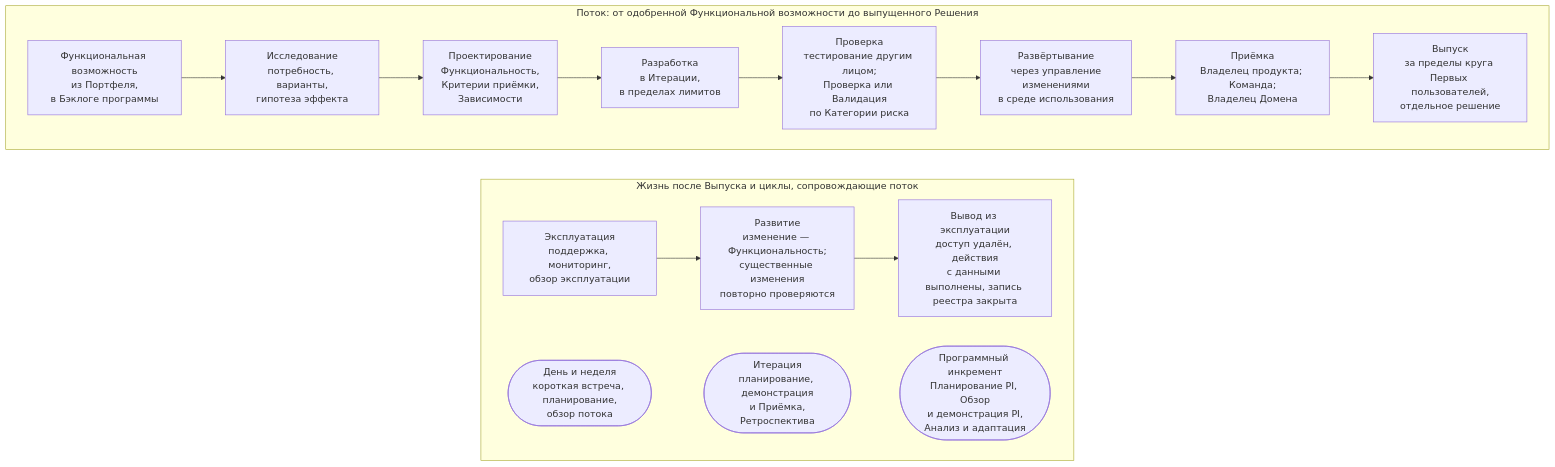
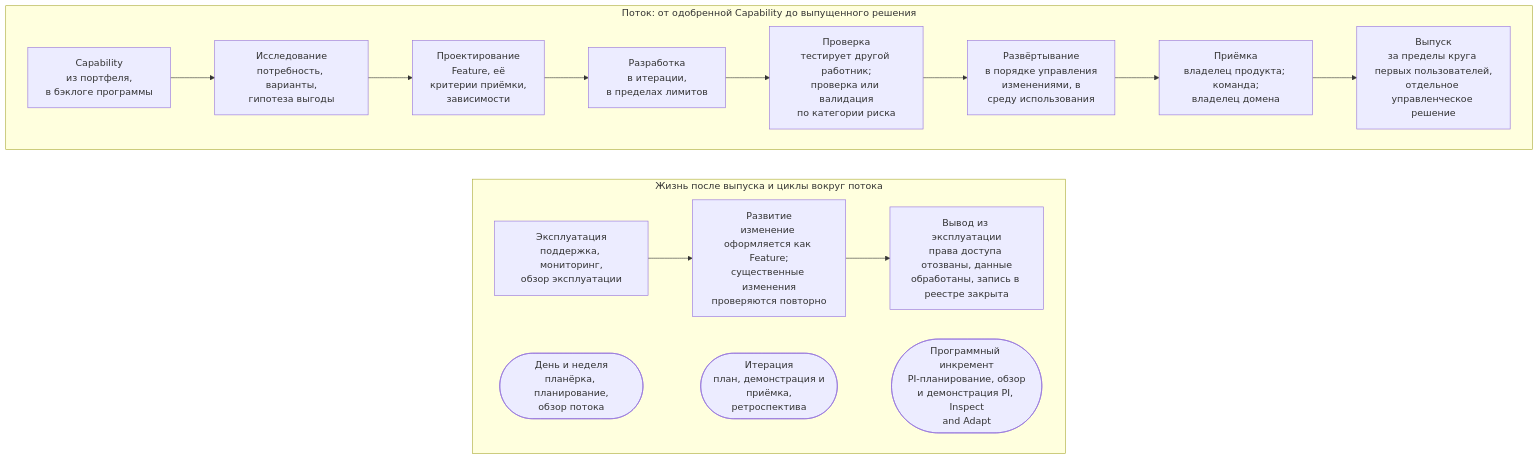
One commit to devhogu/ob-aicc changed the diagram in portal/content/ru/delivery/overview.md. Above: the diagram before and after it, drawn with Mermaid. The commit also changed other lines of this file and 21 other files, not shown here.

````diff
--- a/portal/content/ru/delivery/overview.md
+++ b/portal/content/ru/delivery/overview.md
@@ -15,20 +15,20 @@
 ```mermaid
 flowchart TB
-  subgraph ROW1["Поток: от одобренной Функциональной возможности до выпущенного Решения"]
+  subgraph ROW1["Поток: от одобренной Capability до выпущенного решения"]
     direction LR
-    CAP["Функциональная возможность<br/>из Портфеля,<br/>в Бэклоге программы"] --> EX["Исследование<br/>потребность, варианты,<br/>гипотеза эффекта"]
-    EX --> DS["Проектирование<br/>Функциональность,<br/>Критерии приёмки,<br/>Зависимости"]
-    DS --> DV["Разработка<br/>в Итерации,<br/>в пределах лимитов"]
-    DV --> VF["Проверка<br/>тестирование другим лицом;<br/>Проверка или Валидация<br/>по Категории риска"]
-    VF --> DP["Развёртывание<br/>через управление<br/>изменениями<br/>в среде использования"]
-    DP --> AC["Приёмка<br/>Владелец продукта; Команда;<br/>Владелец Домена"]
-    AC --> RL["Выпуск<br/>за пределы круга Первых пользователей,<br/>отдельное решение"]
+    CAP["Capability<br/>из портфеля,<br/>в бэклоге программы"] --> EX["Исследование<br/>потребность, варианты,<br/>гипотеза выгоды"]
+    EX --> DS["Проектирование<br/>Feature, её<br/>критерии приёмки,<br/>зависимости"]
+    DS --> DV["Разработка<br/>в итерации,<br/>в пределах лимитов"]
+    DV --> VF["Проверка<br/>тестирует другой работник;<br/>проверка или валидация<br/>по категории риска"]
+    VF --> DP["Развёртывание<br/>в порядке управления<br/>изменениями, в<br/>среду использования"]
+    DP --> AC["Приёмка<br/>владелец продукта; команда;<br/>владелец домена"]
+    AC --> RL["Выпуск<br/>за пределы круга первых пользователей,<br/>отдельное управленческое решение"]
   end
-  subgraph ROW2["Жизнь после Выпуска и циклы, сопровождающие поток"]
+  subgraph ROW2["Жизнь после выпуска и циклы вокруг потока"]
     direction LR
-    OP["Эксплуатация<br/>поддержка, мониторинг,<br/>обзор эксплуатации"] --> EV["Развитие<br/>изменение — Функциональность;<br/>существенные изменения<br/>повторно проверяются"]
-    EV --> RT["Вывод из эксплуатации<br/>доступ удалён, действия<br/>с данными выполнены, запись реестра закрыта"]
-    L1(["День и неделя<br/>короткая встреча, планирование,<br/>обзор потока"]) ~~~ L2(["Итерация<br/>планирование, демонстрация<br/>и Приёмка,<br/>Ретроспектива"]) ~~~ L3(["Программный инкремент<br/>Планирование PI, Обзор<br/>и демонстрация PI,<br/>Анализ и адаптация"])
+    OP["Эксплуатация<br/>поддержка, мониторинг,<br/>обзор эксплуатации"] --> EV["Развитие<br/>изменение оформляется как Feature;<br/>существенные изменения<br/>проверяются повторно"]
+    EV --> RT["Вывод из эксплуатации<br/>права доступа отозваны, данные<br/>обработаны, запись в реестре закрыта"]
+    L1(["День и неделя<br/>планёрка, планирование,<br/>обзор потока"]) ~~~ L2(["Итерация<br/>план, демонстрация и<br/>приёмка,<br/>ретроспектива"]) ~~~ L3(["Программный инкремент<br/>PI-планирование, обзор<br/>и демонстрация PI, Inspect<br/>and Adapt"])
   end
   ROW1 ~~~ ROW2
 ```
````
